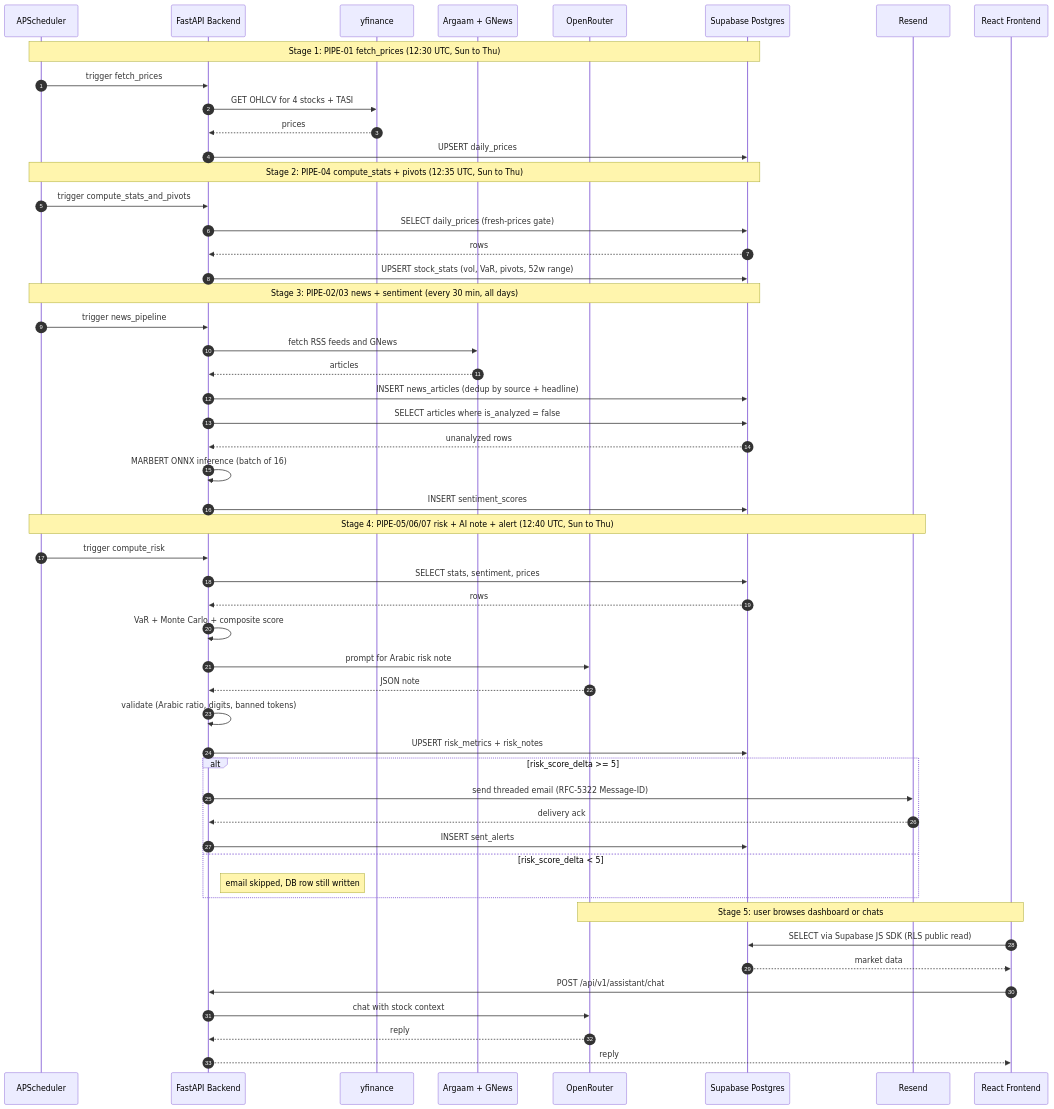
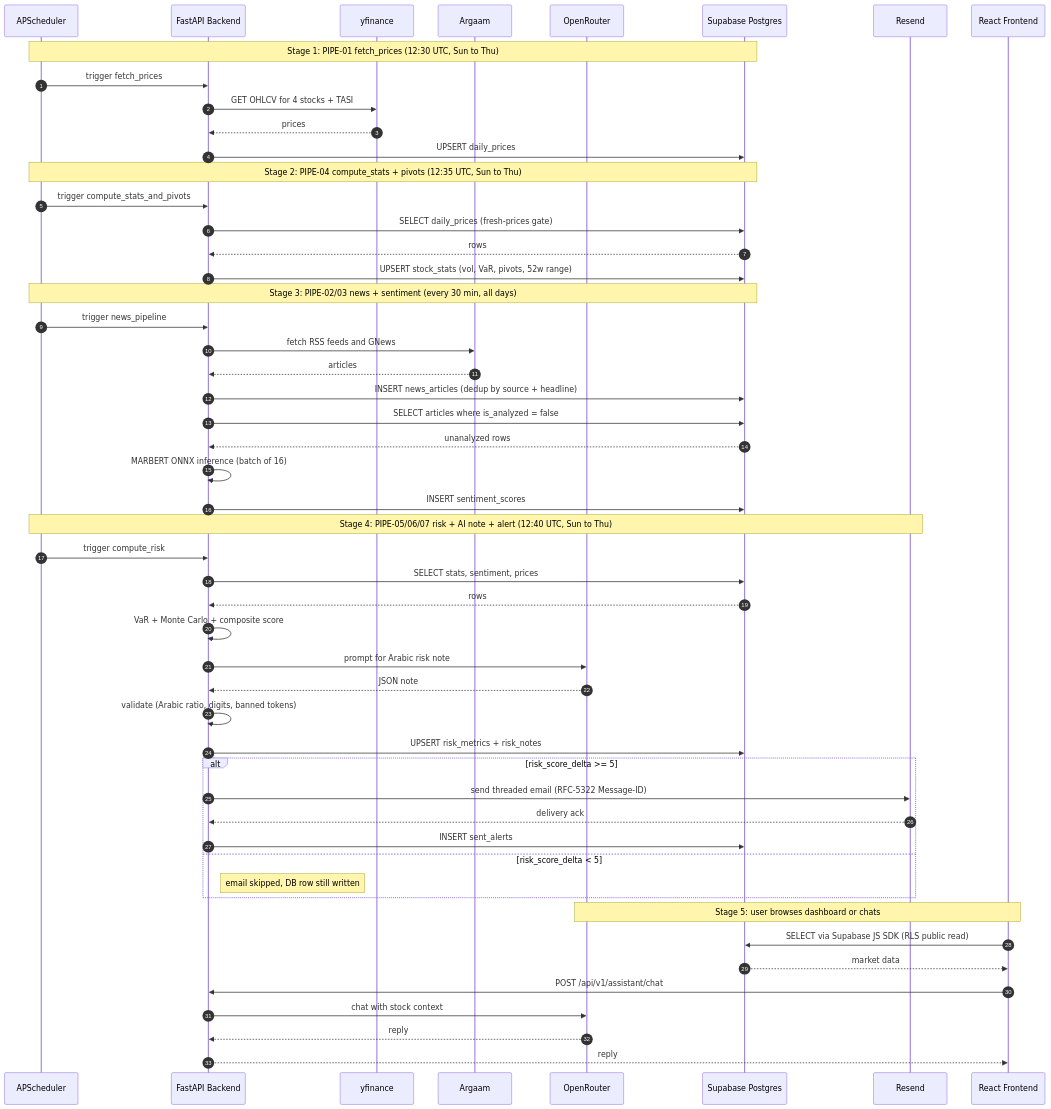
Before and after one commit to Tlvxg/Nabeeh: the diagram in README.md, drawn with Mermaid.

````diff
--- a/README.md
+++ b/README.md
@@ -110,59 +110,59 @@
 ```mermaid
 sequenceDiagram
     autonumber
     participant SCHED as APScheduler
     participant BE as FastAPI Backend
     participant YF as yfinance
-    participant ARG as Argaam + GNews
+    participant ARG as Argaam
     participant OR as OpenRouter
     participant DB as Supabase Postgres
     participant RS as Resend
     participant FE as React Frontend
 
     Note over SCHED,DB: Stage 1: PIPE-01 fetch_prices (12:30 UTC, Sun to Thu)
     SCHED->>BE: trigger fetch_prices
     BE->>YF: GET OHLCV for 4 stocks + TASI
     YF-->>BE: prices
     BE->>DB: UPSERT daily_prices
 
     Note over SCHED,DB: Stage 2: PIPE-04 compute_stats + pivots (12:35 UTC, Sun to Thu)
     SCHED->>BE: trigger compute_stats_and_pivots
     BE->>DB: SELECT daily_prices (fresh-prices gate)
     DB-->>BE: rows
     BE->>DB: UPSERT stock_stats (vol, VaR, pivots, 52w range)
 
     Note over SCHED,DB: Stage 3: PIPE-02/03 news + sentiment (every 30 min, all days)
     SCHED->>BE: trigger news_pipeline
     BE->>ARG: fetch RSS feeds and GNews
     ARG-->>BE: articles
     BE->>DB: INSERT news_articles (dedup by source + headline)
     BE->>DB: SELECT articles where is_analyzed = false
     DB-->>BE: unanalyzed rows
     BE->>BE: MARBERT ONNX inference (batch of 16)
     BE->>DB: INSERT sentiment_scores
 
     Note over SCHED,RS: Stage 4: PIPE-05/06/07 risk + AI note + alert (12:40 UTC, Sun to Thu)
     SCHED->>BE: trigger compute_risk
     BE->>DB: SELECT stats, sentiment, prices
     DB-->>BE: rows
     BE->>BE: VaR + Monte Carlo + composite score
     BE->>OR: prompt for Arabic risk note
     OR-->>BE: JSON note
     BE->>BE: validate (Arabic ratio, digits, banned tokens)
     BE->>DB: UPSERT risk_metrics + risk_notes
     alt risk_score_delta >= 5
         BE->>RS: send threaded email (RFC-5322 Message-ID)
         RS-->>BE: delivery ack
         BE->>DB: INSERT sent_alerts
     else risk_score_delta < 5
         Note right of BE: email skipped, DB row still written
     end
 
     Note over FE,OR: Stage 5: user browses dashboard or chats
     FE->>DB: SELECT via Supabase JS SDK (RLS public read)
     DB-->>FE: market data
     FE->>BE: POST /api/v1/assistant/chat
     BE->>OR: chat with stock context
     OR-->>BE: reply
     BE-->>FE: reply
 ```
````
